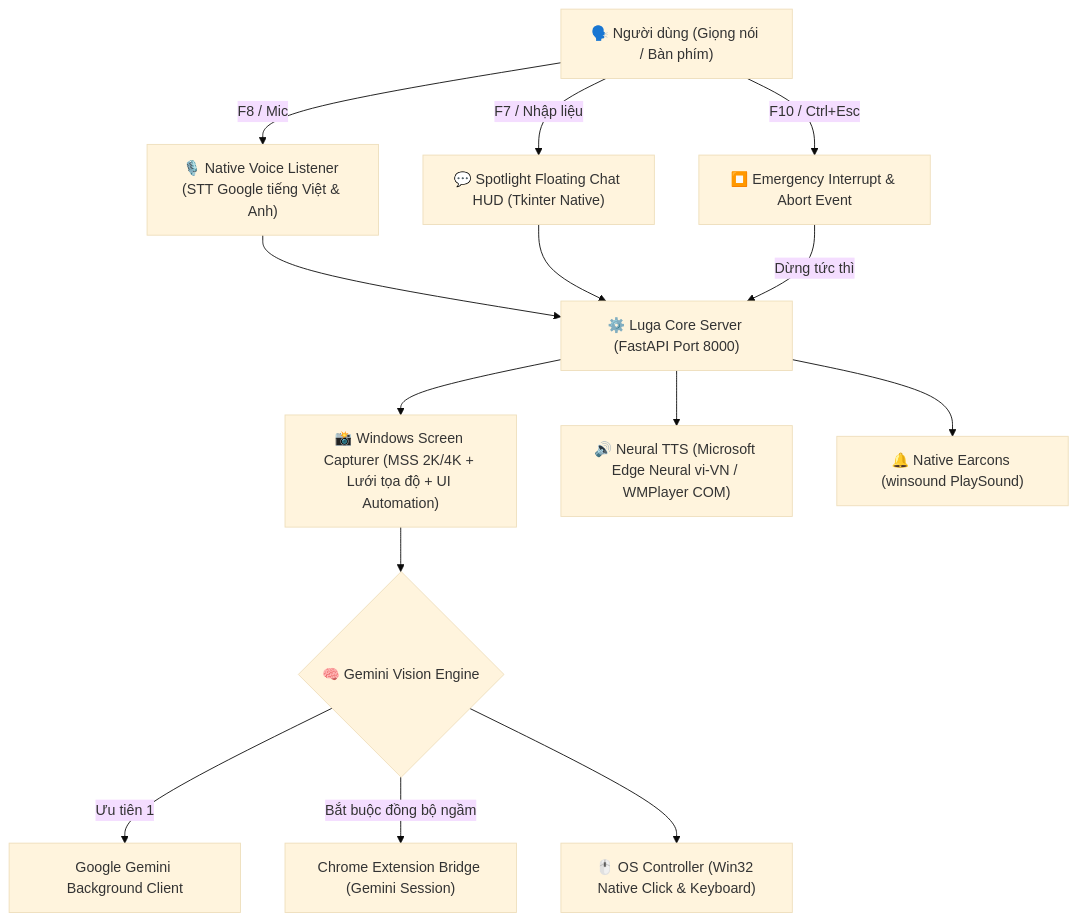
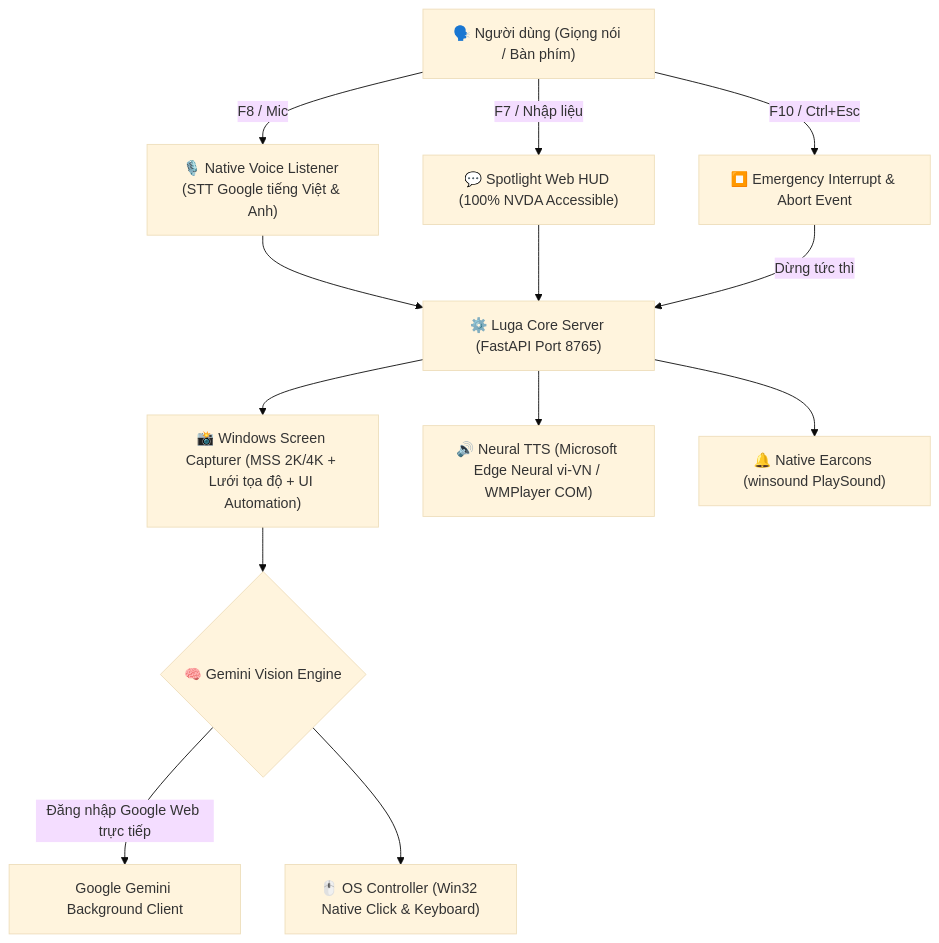
One commit to oceanondawave/luga-assist changed the diagram in README.md. Above: the diagram before and after it, drawn with Mermaid (base theme). The commit also changed other lines of this file and 14 other files, not shown here.

Commit message:
chore: completely remove Chrome extension and its packaging from build pipeline and documentation

````diff
--- a/README.md
+++ b/README.md
@@ -50,20 +49,19 @@
 ```mermaid
 graph TD
     User["🗣️ Người dùng (Giọng nói / Bàn phím)"] -->|F8 / Mic| NativeVoice["🎙️ Native Voice Listener (STT Google tiếng Việt & Anh)"]
-    User -->|F7 / Nhập liệu| Spotlight["💬 Spotlight Floating Chat HUD (Tkinter Native)"]
+    User -->|F7 / Nhập liệu| Spotlight["💬 Spotlight Web HUD (100% NVDA Accessible)"]
     User -->|F10 / Ctrl+Esc| EmergencyStop["⏹️ Emergency Interrupt & Abort Event"]
 
-    NativeVoice --> Hub["⚙️ Luga Core Server (FastAPI Port 8000)"]
+    NativeVoice --> Hub["⚙️ Luga Core Server (FastAPI Port 8765)"]
     Spotlight --> Hub
     EmergencyStop -->|Dừng tức thì| Hub
 
     Hub --> ScreenCap["📸 Windows Screen Capturer (MSS 2K/4K + Lưới tọa độ + UI Automation)"]
     ScreenCap --> GeminiEngine{"🧠 Gemini Vision Engine"}
 
-    GeminiEngine -->|Ưu tiên 1| BgSession["Google Gemini Background Client"]
-    GeminiEngine -->|Bắt buộc đồng bộ ngầm| ExtBridge["Chrome Extension Bridge (Gemini Session)"]
+    GeminiEngine -->|Đăng nhập Google Web trực tiếp| BgSession["Google Gemini Background Client"]
 
     GeminiEngine --> OSControl["🖱️ OS Controller (Win32 Native Click & Keyboard)"]
     Hub --> TTS["🔊 Neural TTS (Microsoft Edge Neural vi-VN / WMPlayer COM)"]
     Hub --> Sounds["🔔 Native Earcons (winsound PlaySound)"]
 ```
````
